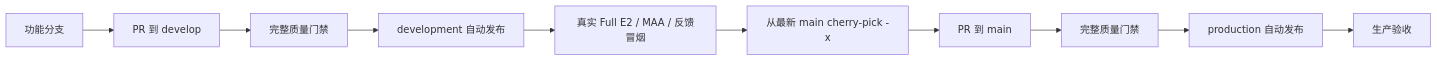
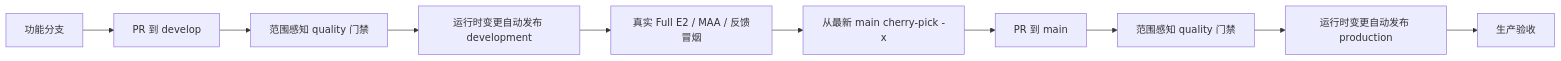
The diagram in docs/DEVELOPMENT_RELEASE_GUARDRAILS.md (LanceKrager233/ArknightsInfraCalc-v2_beta_test_frontend), drawn with Mermaid before and after one commit. The commit also changed other lines of this file and 9 other files, not shown here.

````diff
--- a/docs/DEVELOPMENT_RELEASE_GUARDRAILS.md
+++ b/docs/DEVELOPMENT_RELEASE_GUARDRAILS.md
@@ -107,12 +125,12 @@
 ```mermaid
 flowchart LR
   F["功能分支"] --> P1["PR 到 develop"]
-  P1 --> Q1["完整质量门禁"]
-  Q1 --> D["development 自动发布"]
+  P1 --> Q1["范围感知 quality 门禁"]
+  Q1 --> D["运行时变更自动发布 development"]
   D --> S["真实 Full E2 / MAA / 反馈冒烟"]
   S --> C["从最新 main cherry-pick -x"]
   C --> P2["PR 到 main"]
-  P2 --> Q2["完整质量门禁"]
-  Q2 --> R["production 自动发布"]
+  P2 --> Q2["范围感知 quality 门禁"]
+  Q2 --> R["运行时变更自动发布 production"]
   R --> A["生产验收"]
 ```
````
